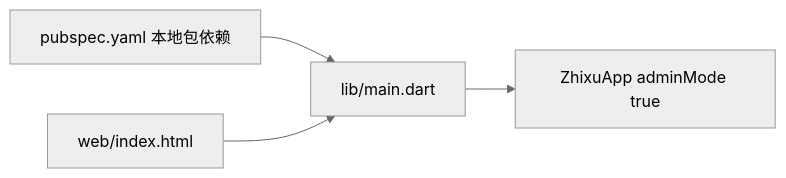
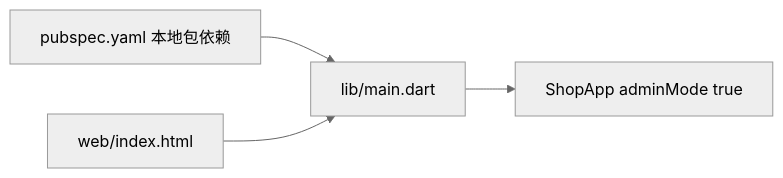
One commit to JobsKits/AcademicServices changed the diagram in 代码/前端/后台管理端/Flutter/代码地图/代码地图.md. Above: the diagram before and after it, drawn with Mermaid (neutral theme). The commit also changed other lines of this file and 157 other files, not shown here.

````diff
--- a/代码/前端/后台管理端/Flutter/代码地图/代码地图.md
+++ b/代码/前端/后台管理端/Flutter/代码地图/代码地图.md
@@ -24,6 +24,6 @@
 ```mermaid
 flowchart LR
     Pubspec[pubspec.yaml 本地包依赖] --> Main[lib/main.dart]
-    Main --> Admin[ZhixuApp adminMode true]
+    Main --> Admin[ShopApp adminMode true]
     Web[web/index.html] --> Main
 ```
````
